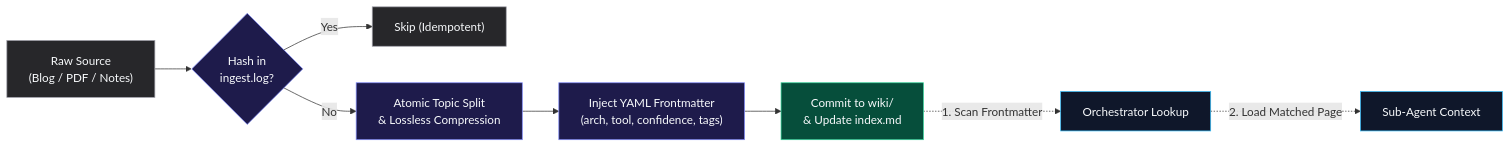
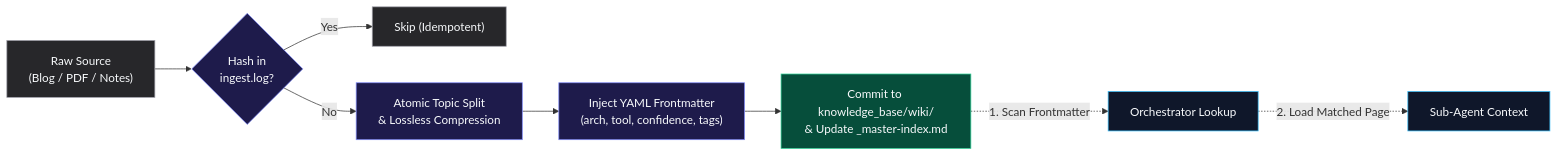
One commit to fatalSec/LLM-RE-Wiki changed the second of 3 diagrams in README.md. Above: the diagram before and after it, drawn with Mermaid. The commit also changed other lines of this file and 6 other files, not shown here.

Commit message:
chore: remove all symlinks and restore original knowledge_base structure in README and scripts

````diff
--- a/README.md
+++ b/README.md
@@ -116,16 +120,16 @@
 ```mermaid
 flowchart LR
     classDef src fill:#27272a,stroke:#a1a1aa,color:#f8fafc
     classDef proc fill:#1e1b4b,stroke:#818cf8,color:#f8fafc
     classDef store fill:#064e3b,stroke:#34d399,color:#f8fafc
     classDef query fill:#0f172a,stroke:#38bdf8,color:#f8fafc
 
     A["Raw Source<br/>(Blog / PDF / Notes)"]:::src --> B{"Hash in<br/>ingest.log?"}:::proc
     B -- "Yes" --> C["Skip (Idempotent)"]:::src
     B -- "No" --> D["Atomic Topic Split<br/>& Lossless Compression"]:::proc
     D --> E["Inject YAML Frontmatter<br/>(arch, tool, confidence, tags)"]:::proc
-    E --> F["Commit to wiki/<br/>& Update index.md"]:::store
+    E --> F["Commit to knowledge_base/wiki/<br/>& Update _master-index.md"]:::store
 
     F -.->|"1. Scan Frontmatter"| G["Orchestrator Lookup"]:::query
     G -.->|"2. Load Matched Page"| H["Sub-Agent Context"]:::query
 ```
````
